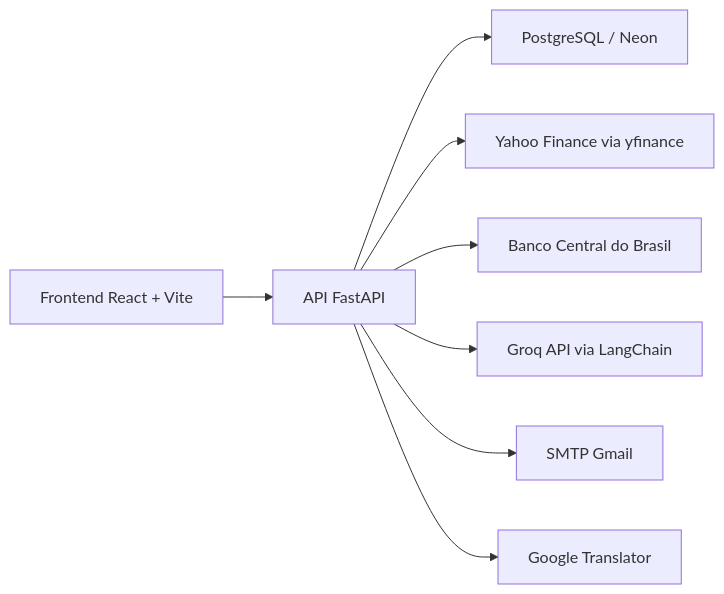
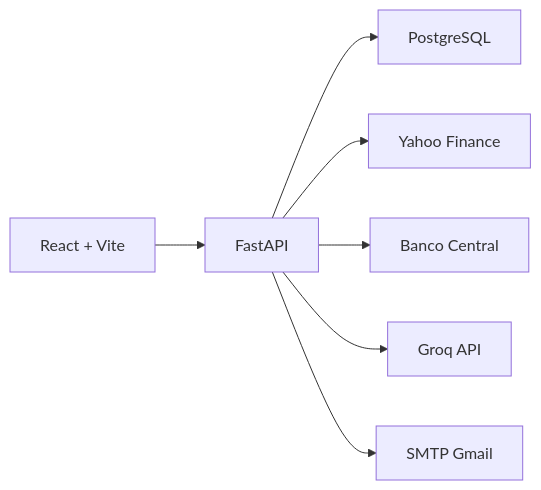
Before and after one commit to RennaN-C/Vitta-AI: the diagram in README.md, drawn with Mermaid. The commit also changed other lines of this file, not shown here.

````diff
--- a/README.md
+++ b/README.md
@@ -77,10 +135,18 @@
 ```mermaid
 flowchart LR
-    UI["Frontend React + Vite"] --> API["API FastAPI"]
-    API --> DB["PostgreSQL / Neon"]
-    API --> YF["Yahoo Finance via yfinance"]
-    API --> BCB["Banco Central do Brasil"]
-    API --> GROQ["Groq API via LangChain"]
-    API --> SMTP["SMTP Gmail"]
-    API --> GT["Google Translator"]
+
+UI["React + Vite"]
+API["FastAPI"]
+DB["PostgreSQL"]
+YF["Yahoo Finance"]
+BCB["Banco Central"]
+GROQ["Groq API"]
+SMTP["SMTP Gmail"]
+
+UI --> API
+API --> DB
+API --> YF
+API --> BCB
+API --> GROQ
+API --> SMTP
 ```
````
